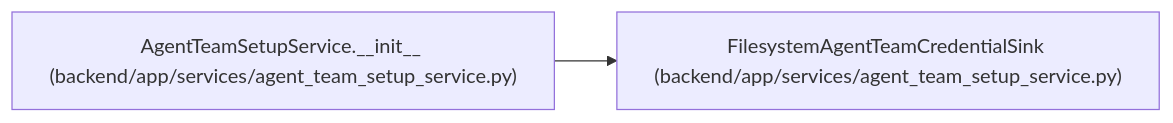
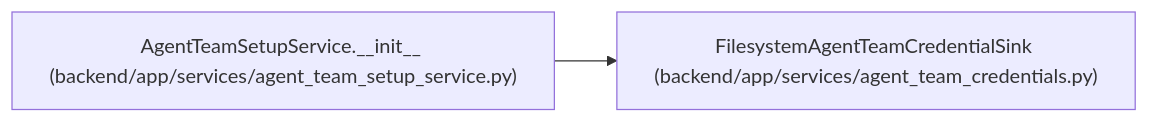
Before and after one commit to Denissvgn/WorkChord: the diagram in docs/llm_wiki/entities/FilesystemAgentTeamCredentialSink.md, drawn with Mermaid. The commit also changed other lines of this file and 2509 other files, not shown here.

````diff
--- a/docs/llm_wiki/entities/FilesystemAgentTeamCredentialSink.md
+++ b/docs/llm_wiki/entities/FilesystemAgentTeamCredentialSink.md
@@ -27,8 +27,8 @@
 ```mermaid
 flowchart LR
-    n0["FilesystemAgentTeamCredentialSink (backend/app/services/agent_team_setup_service.py)"]
+    n0["FilesystemAgentTeamCredentialSink (backend/app/services/agent_team_credentials.py)"]
     n1["AgentTeamSetupService.__init__ (backend/app/services/agent_team_setup_service.py)"]
     n1 --> n0
-    click n0 "../modules/agent_team_setup_service.md"
+    click n0 "../modules/agent_team_credentials.md"
     click n1 "../modules/agent_team_setup_service.md"
 ```
````
